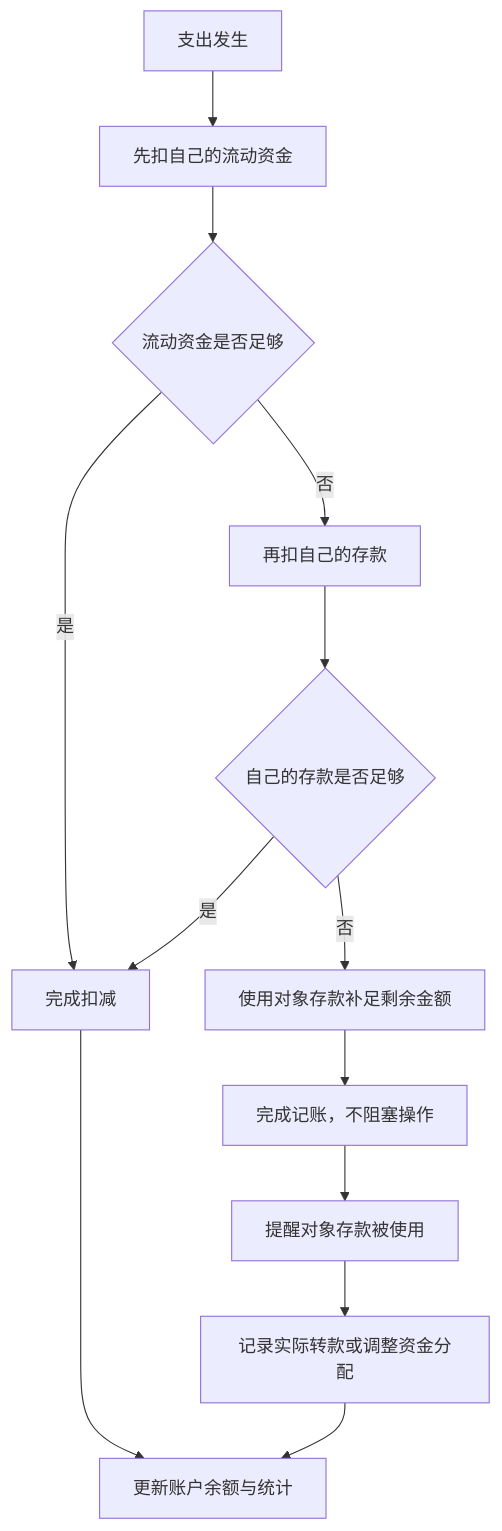
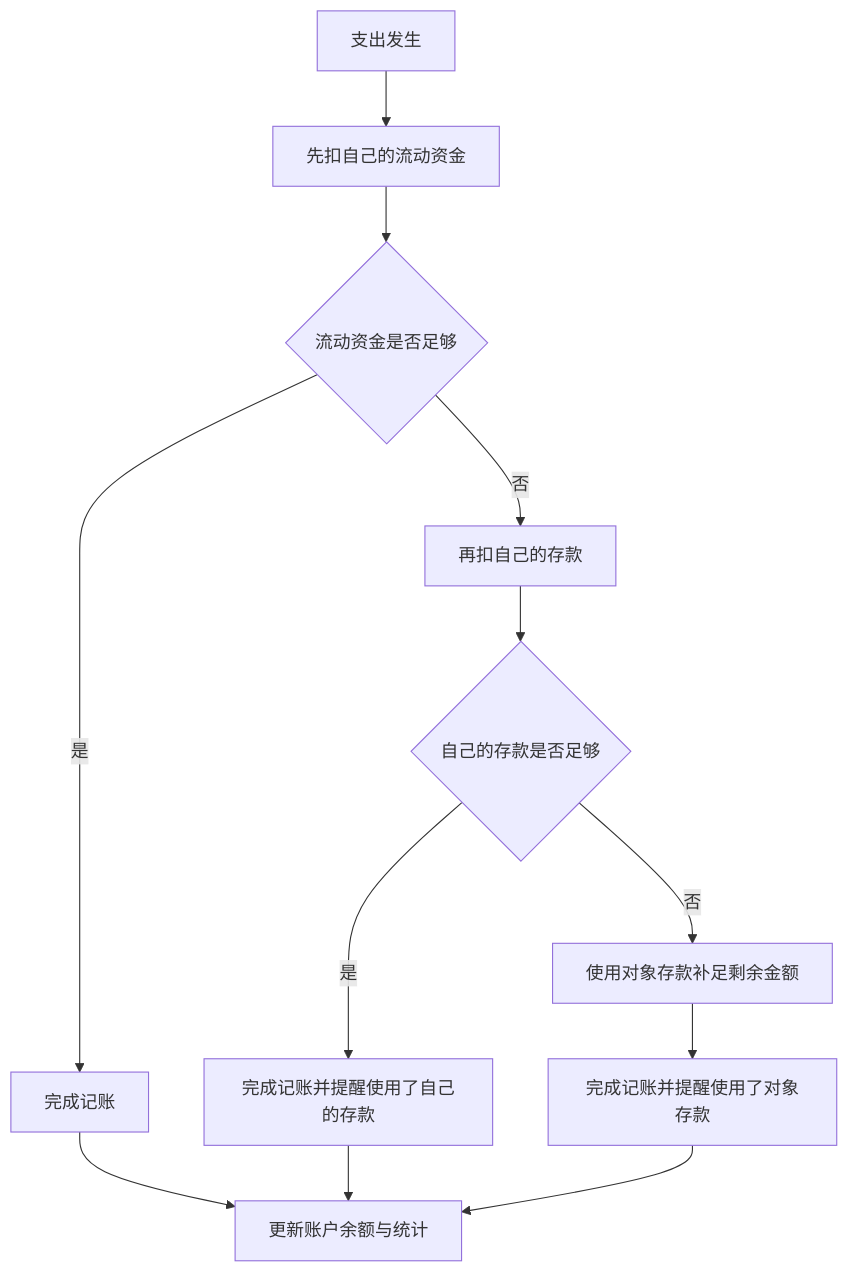
Before and after one commit to AsteriaAnna/ledger-final: the second of 4 diagrams in docs/BUSINESS_RULES_DISCUSSION.md, drawn with Mermaid. The commit also changed other lines of this file, not shown here.

````diff
--- a/docs/BUSINESS_RULES_DISCUSSION.md
+++ b/docs/BUSINESS_RULES_DISCUSSION.md
@@ -341,15 +367,14 @@
 ```mermaid
 flowchart TD
     A["支出发生"] --> B["先扣自己的流动资金"]
     B --> C{"流动资金是否足够"}
-    C -->|"是"| G["完成扣减"]
+    C -->|"是"| I["完成记账"]
     C -->|"否"| D["再扣自己的存款"]
     D --> E{"自己的存款是否足够"}
-    E -->|"是"| G
-    E -->|"否"| F["使用对象存款补足剩余金额"]
-    F --> H["完成记账，不阻塞操作"]
-    H --> I["提醒对象存款被使用"]
-    I --> J["记录实际转款或调整资金分配"]
-    G --> K["更新账户余额与统计"]
-    J --> K
+    E -->|"是"| F["完成记账并提醒使用了自己的存款"]
+    E -->|"否"| G["使用对象存款补足剩余金额"]
+    G --> H["完成记账并提醒使用了对象存款"]
+    I --> J["更新账户余额与统计"]
+    F --> J
+    H --> J
 ```
````
